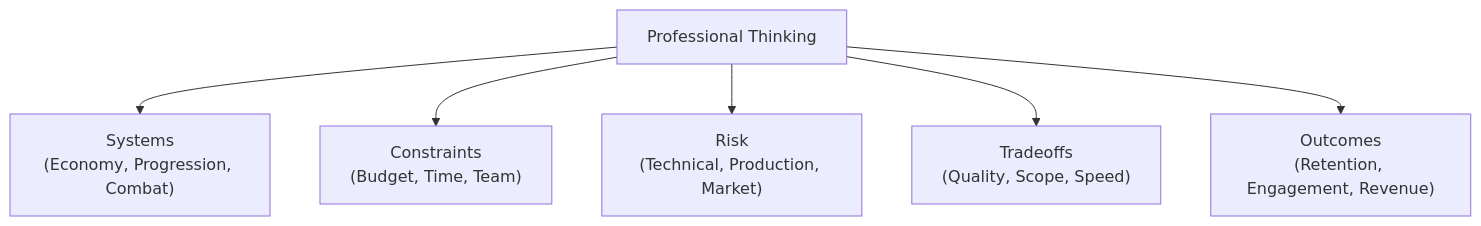
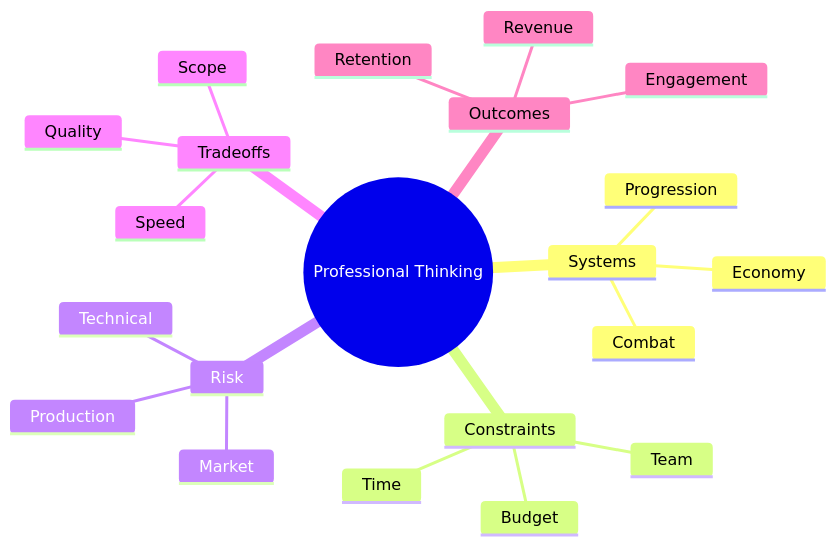
The third of 9 diagrams in docs/01-foundations.md (annias/spawn-dev-encyclopedia), drawn with Mermaid before and after one commit. The commit also changed other lines of this file and 4 other files, not shown here.

Commit message:
fix: resolve page 2 rendering errors and restore styled mindmaps on page 1

````diff
--- a/docs/01-foundations.md
+++ b/docs/01-foundations.md
@@ -85,8 +85,24 @@
 ```mermaid
-flowchart TD
-    Root["Professional Thinking"] --> Systems["Systems<br>(Economy, Progression, Combat)"]
-    Root --> Constraints["Constraints<br>(Budget, Time, Team)"]
-    Root --> Risk["Risk<br>(Technical, Production, Market)"]
-    Root --> Tradeoffs["Tradeoffs<br>(Quality, Scope, Speed)"]
-    Root --> Outcomes["Outcomes<br>(Retention, Engagement, Revenue)"]
+mindmap
+root(("Professional Thinking"))
+    Systems
+        Economy
+        Progression
+        Combat
+    Constraints
+        Budget
+        Time
+        Team
+    Risk
+        Technical
+        Production
+        Market
+    Tradeoffs
+        Quality
+        Scope
+        Speed
+    Outcomes
+        Retention
+        Engagement
+        Revenue
 ```
````
